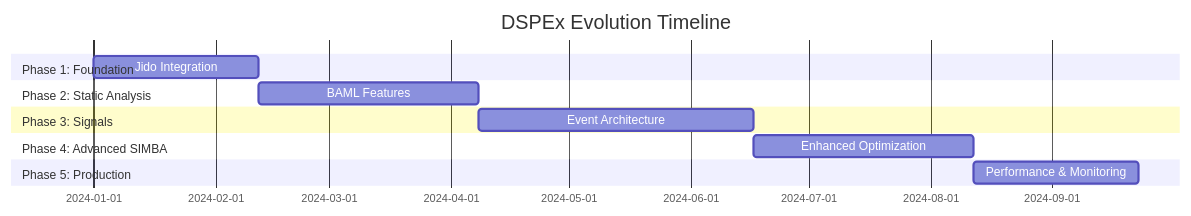
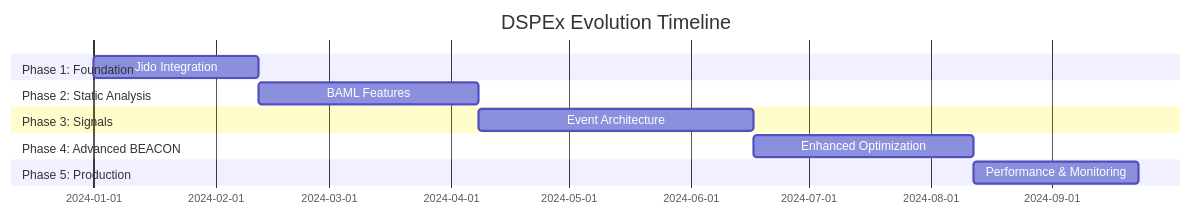
One commit to nshkrdotcom/ds_ex changed the diagram in JIDO_BAML_EVOLUTION_PLAN_claude.md. Above: the diagram before and after it, drawn with Mermaid. The commit also changed other lines of this file and 7 other files, not shown here.

````diff
--- a/JIDO_BAML_EVOLUTION_PLAN_claude.md
+++ b/JIDO_BAML_EVOLUTION_PLAN_claude.md
@@ -419,15 +419,15 @@
 ```mermaid
 gantt
     title DSPEx Evolution Timeline
     dateFormat  YYYY-MM-DD
     section Phase 1: Foundation
     Jido Integration        :2024-01-01, 6w
     section Phase 2: Static Analysis
     BAML Features          :2024-02-12, 8w
     section Phase 3: Signals
     Event Architecture     :2024-04-08, 10w
-    section Phase 4: Advanced SIMBA
+    section Phase 4: Advanced BEACON
     Enhanced Optimization  :2024-06-17, 8w
     section Phase 5: Production
     Performance & Monitoring :2024-08-12, 6w
 ```
````
